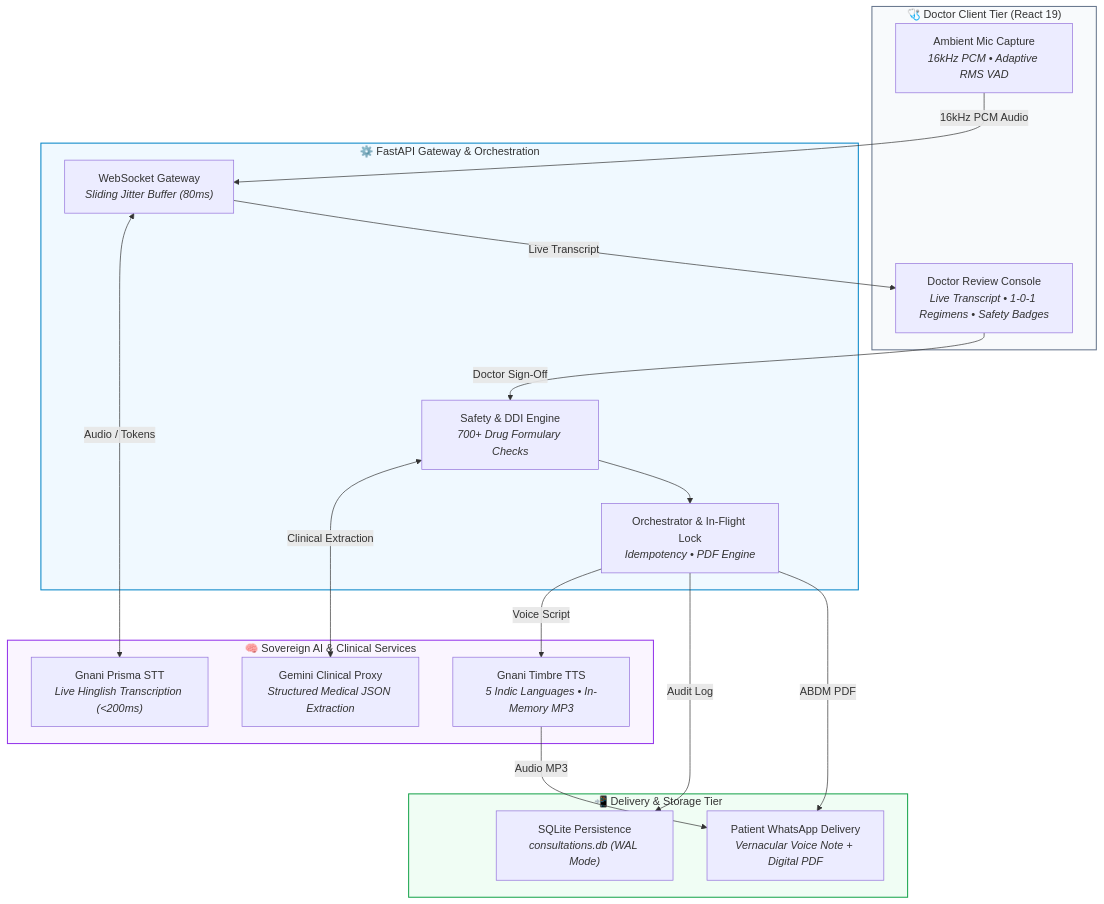
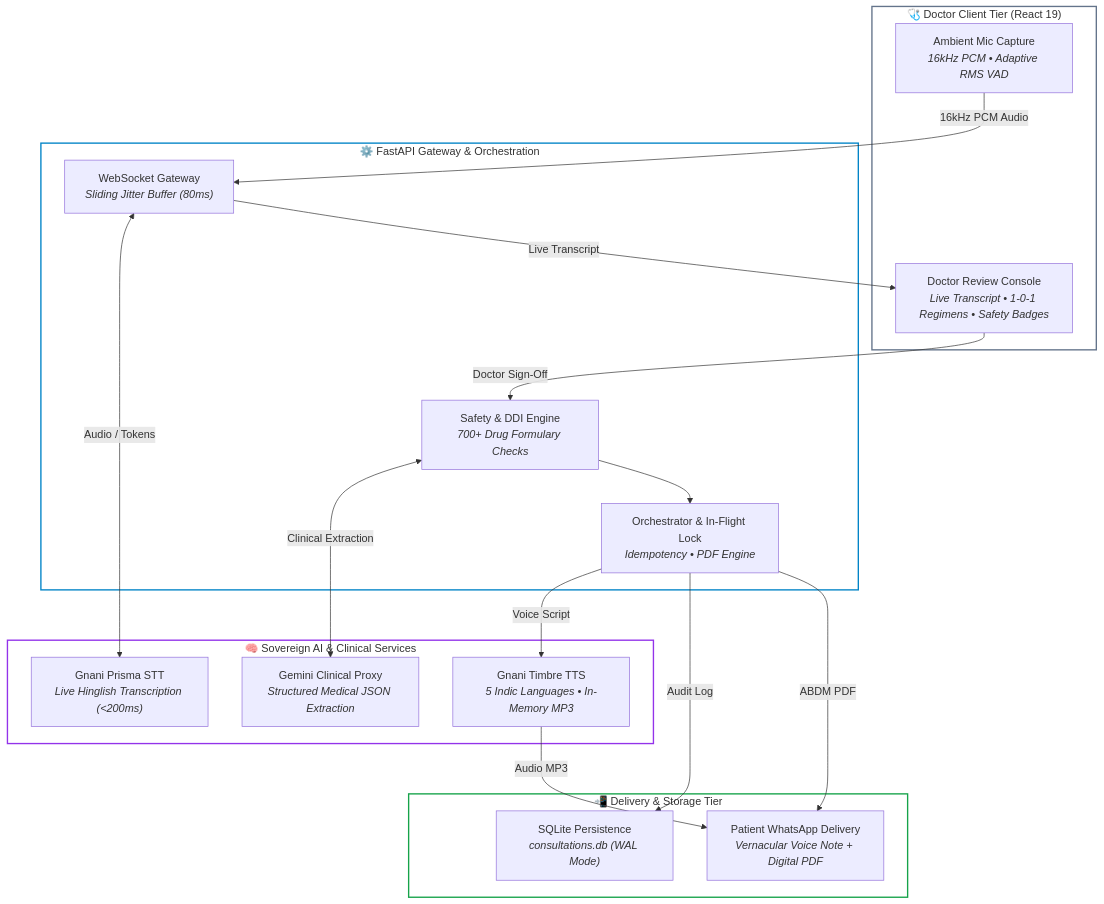
One commit to Avinash01715/DocScribeAI changed the diagram in README.md. Above: the diagram before and after it, drawn with Mermaid.

Commit message:
readme: fix architecture diagram

````diff
--- a/README.md
+++ b/README.md
@@ -136,46 +136,46 @@
 ```mermaid
 flowchart TD
     subgraph Client ["🩺 Doctor Client Tier (React 19)"]
         A1["Ambient Mic Capture<br/><i>16kHz PCM • Adaptive RMS VAD</i>"]
         A2["Doctor Review Console<br/><i>Live Transcript • 1-0-1 Regimens • Safety Badges</i>"]
     end
 
     subgraph Server ["⚙️ FastAPI Gateway & Orchestration"]
         B1["WebSocket Gateway<br/><i>Sliding Jitter Buffer (80ms)</i>"]
         B2["Safety & DDI Engine<br/><i>700+ Drug Formulary Checks</i>"]
         B3["Orchestrator & In-Flight Lock<br/><i>Idempotency • PDF Engine</i>"]
     end
 
     subgraph AI ["🧠 Sovereign AI & Clinical Services"]
         C1["Gnani Prisma STT<br/><i>Live Hinglish Transcription (&lt;200ms)</i>"]
         C2["Gemini Clinical Proxy<br/><i>Structured Medical JSON Extraction</i>"]
         C3["Gnani Timbre TTS<br/><i>5 Indic Languages • In-Memory MP3</i>"]
     end
 
     subgraph Output ["📲 Delivery & Storage Tier"]
         D1["SQLite Persistence<br/><i>consultations.db (WAL Mode)</i>"]
         D2["Patient WhatsApp Delivery<br/><i>Vernacular Voice Note + Digital PDF</i>"]
     end
 
     %% Stream Loop
     A1 -->|16kHz PCM Audio| B1
     B1 <-->|Audio / Tokens| C1
     B1 -->|Live Transcript| A2
 
     %% Reasoning & Review Loop
     A2 -->|Doctor Sign-Off| B2
     B2 <-->|Clinical Extraction| C2
     B2 --> B3
 
     %% Dispatch & Artifacts
     B3 -->|Voice Script| C3
     B3 -->|Audit Log| D1
     B3 -->|ABDM PDF| D2
     C3 -->|Audio MP3| D2
 
-    %% Professional Styling
-    style Client fill:#f8fafc,stroke:#64748b,stroke-width:1.5px
-    style Server fill:#f0f9ff,stroke:#0284c7,stroke-width:1.5px
-    style AI fill:#faf5ff,stroke:#9333ea,stroke-width:1.5px
-    style Output fill:#f0fdf4,stroke:#16a34a,stroke-width:1.5px
+    %% Professional Theme-Adaptive Styling (Transparent fill for seamless GitHub Dark & Light themes)
+    style Client fill:none,stroke:#64748b,stroke-width:2px
+    style Server fill:none,stroke:#0284c7,stroke-width:2px
+    style AI fill:none,stroke:#9333ea,stroke-width:2px
+    style Output fill:none,stroke:#16a34a,stroke-width:2px
 ```
````
